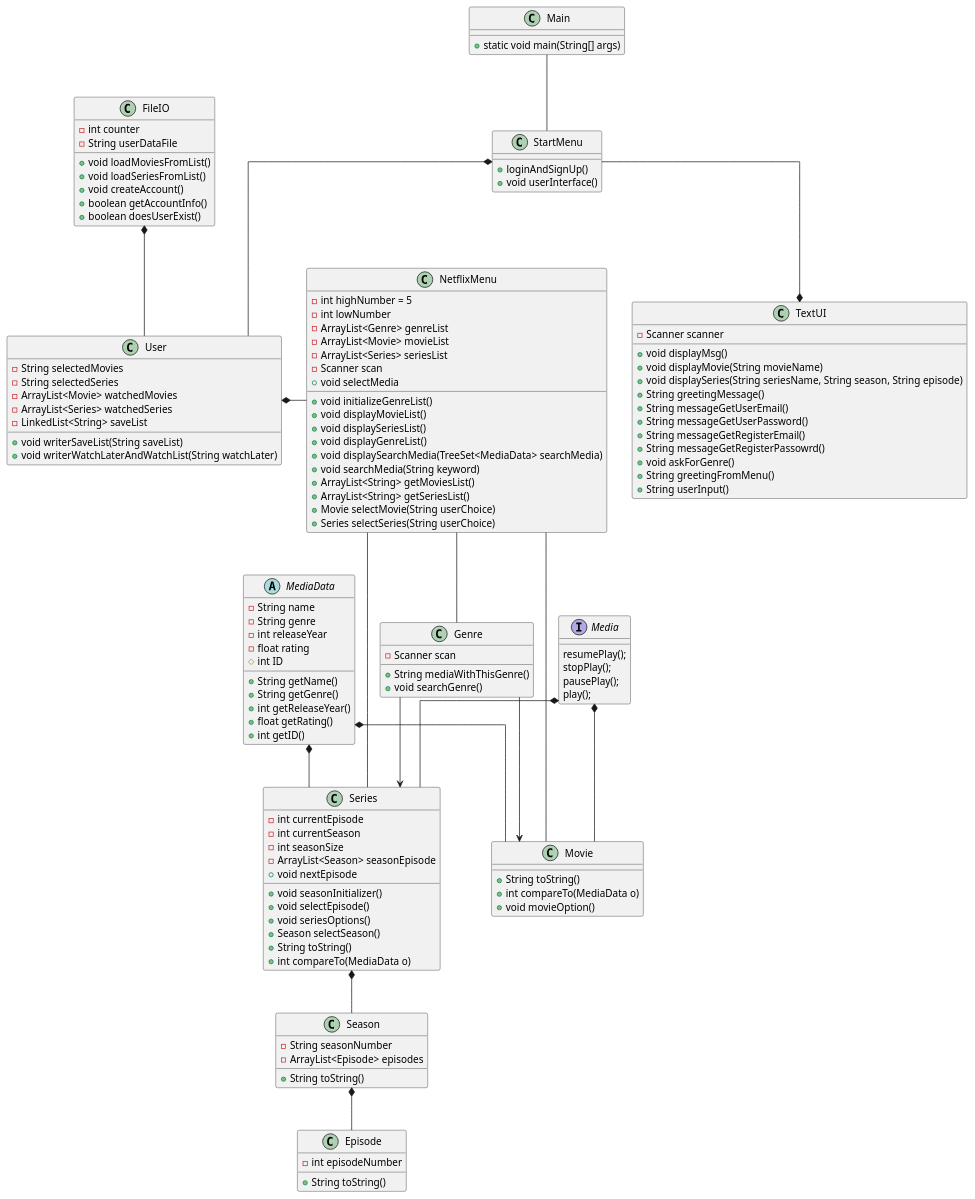
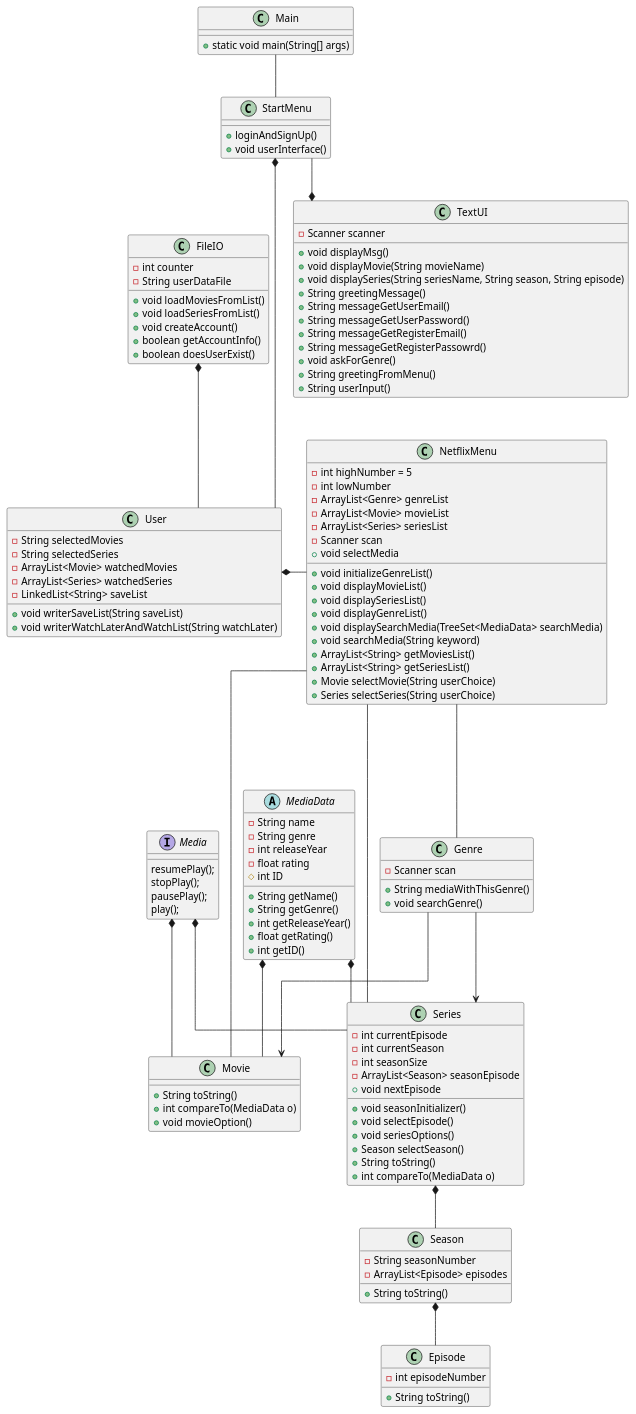
Before and after one commit to AerrowV/SP3_Netflix: the diagram in Diagrams/SP3.puml, drawn with PlantUML. The commit also changed 3 other files, not shown here.

Commit message:
Updated class diagram

```diff
--- a/Diagrams/SP3.puml
+++ b/Diagrams/SP3.puml
@@ -1,148 +1,148 @@
 @startuml
 'https://plantuml.com/class-diagram
  skinparam linetype ortho
 
 
 
 
 class Main{
 + static void main(String[] args)
 }
 
 class StartMenu {
 + loginAndSignUp()
 + void userInterface()
 
 }
 
 class User {
 - String selectedMovies
 - String selectedSeries
 - ArrayList<Movie> watchedMovies
 - ArrayList<Series> watchedSeries
 - LinkedList<String> saveList
 + void writerSaveList(String saveList)
 + void writerWatchLaterAndWatchList(String watchLater)
 }
 
 class FileIO {
 - int counter
 - String userDataFile
 + void loadMoviesFromList()
 + void loadSeriesFromList()
 + void createAccount()
 + boolean getAccountInfo()
 + boolean doesUserExist()
 }
 
 interface Media {
 resumePlay();
 stopPlay();
 pausePlay();
 play();
 }
 
 abstract MediaData{
 - String name
 - String genre
 - int releaseYear
 - float rating
 # int ID
 + String getName()
 + String getGenre()
 + int getReleaseYear()
 + float getRating()
 + int getID()
 
 }
 
 class NetflixMenu {
 - int highNumber = 5
 - int lowNumber
 - ArrayList<Genre> genreList
 - ArrayList<Movie> movieList
 - ArrayList<Series> seriesList
 - Scanner scan
 + void initializeGenreList()
 + void displayMovieList()
 + void displaySeriesList()
 + void displayGenreList()
 + void displaySearchMedia(TreeSet<MediaData> searchMedia)
 + void searchMedia(String keyword)
 + void selectMedia
 + ArrayList<String> getMoviesList()
 + ArrayList<String> getSeriesList()
 + Movie selectMovie(String userChoice)
 + Series selectSeries(String userChoice)
 }
 
 class Movie {
 + String toString()
 + int compareTo(MediaData o)
 + void movieOption()
 }
 
 class Genre {
 - Scanner scan
 + String mediaWithThisGenre()
 + void searchGenre()
 }
 
 class Series {
 - int currentEpisode
 - int currentSeason
 - int seasonSize
 - ArrayList<Season> seasonEpisode
 + void nextEpisode
 + void seasonInitializer()
 + void selectEpisode()
 + void seriesOptions()
 + Season selectSeason()
 + String toString()
 + int compareTo(MediaData o)
 }
 
 class Season {
 - String seasonNumber
 - ArrayList<Episode> episodes
 + String toString()
 }
 
 class Episode {
 - int episodeNumber
 + String toString()
 }
 
 class TextUI {
 - Scanner scanner
 + void displayMsg()
 + void displayMovie(String movieName)
 + void displaySeries(String seriesName, String season, String episode)
 + String greetingMessage()
 + String messageGetUserEmail()
 + String messageGetUserPassword()
 + String messageGetRegisterEmail()
 + String messageGetRegisterPassowrd()
 + void askForGenre()
 + String greetingFromMenu()
 + String userInput()
 }
 
 Main -- StartMenu
-StartMenu *-- User
+StartMenu *--- User
 TextUI *-up- StartMenu
 User *- NetflixMenu
 NetflixMenu -- Movie
 NetflixMenu -- Series
-NetflixMenu -- Genre
+NetflixMenu --- Genre
 Genre --> Movie
 Genre --> Series
 Series *-- Season
 Season *-- Episode
 Media *-- Movie
 Media *-- Series
 FileIO *-- User
 MediaData *-- Movie
 MediaData *-- Series
 
 @enduml
```
